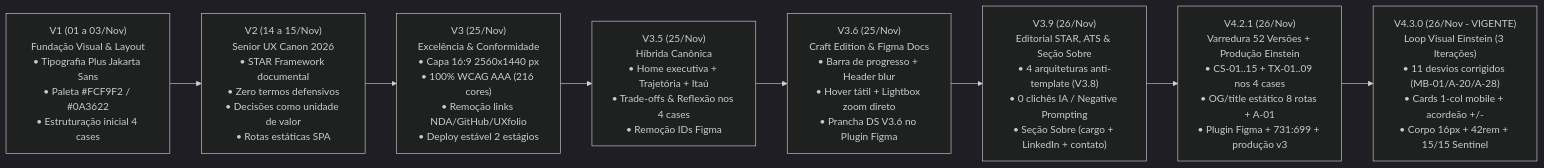
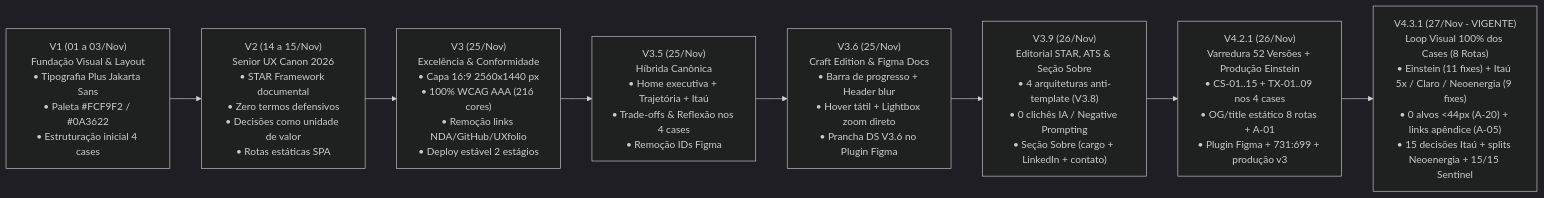
One commit to israelfull-commits/portfolio changed the diagram in docs/INDEX_GOVERNANCA_E_DECISOES.md. Above: the diagram before and after it, drawn with Mermaid (dark theme). The commit also changed other lines of this file and 4 other files, not shown here.

Commit message:
fix(v4.3.1): deep visual inspection & autofix loop on Itau IFA (5 modules), Claro & Neoenergia (0 WCAG 2.5.8 small targets, appendix link affordance, 15 structured Itau decisions, single safeguard note, balanced Neoenergia splits)

````diff
--- a/docs/INDEX_GOVERNANCA_E_DECISOES.md
+++ b/docs/INDEX_GOVERNANCA_E_DECISOES.md
@@ -15,12 +15,12 @@
 ```mermaid
 flowchart LR
     V1["V1 (01 a 03/Nov)<br>Fundação Visual & Layout<br>• Tipografia Plus Jakarta Sans<br>• Paleta #FCF9F2 / #0A3622<br>• Estruturação inicial 4 cases"]
     V2["V2 (14 a 15/Nov)<br>Senior UX Canon 2026<br>• STAR Framework documental<br>• Zero termos defensivos<br>• Decisões como unidade de valor<br>• Rotas estáticas SPA"]
     V3["V3 (25/Nov)<br>Excelência & Conformidade<br>• Capa 16:9 2560x1440 px<br>• 100% WCAG AAA (216 cores)<br>• Remoção links NDA/GitHub/UXfolio<br>• Deploy estável 2 estágios"]
     V35["V3.5 (25/Nov)<br>Híbrida Canônica<br>• Home executiva + Trajetória + Itaú<br>• Trade-offs & Reflexão nos 4 cases<br>• Remoção IDs Figma"]
     V36["V3.6 (25/Nov)<br>Craft Edition & Figma Docs<br>• Barra de progresso + Header blur<br>• Hover tátil + Lightbox zoom direto<br>• Prancha DS V3.6 no Plugin Figma"]
     V39["V3.9 (26/Nov)<br>Editorial STAR, ATS & Seção Sobre<br>• 4 arquiteturas anti-template (V3.8)<br>• 0 clichês IA / Negative Prompting<br>• Seção Sobre (cargo + LinkedIn + contato)"]
     V310["V4.2.1 (26/Nov)<br>Varredura 52 Versões + Produção Einstein<br>• CS-01..15 + TX-01..09 nos 4 cases<br>• OG/title estático 8 rotas + A-01<br>• Plugin Figma + 731:699 + produção v3"]
-    V430["V4.3.0 (26/Nov - VIGENTE)<br>Loop Visual Einstein (3 Iterações)<br>• 11 desvios corrigidos (MB-01/A-20/A-28)<br>• Cards 1-col mobile + acordeão +/-<br>• Corpo 16px + 42rem + 15/15 Sentinel"]
+    V430["V4.3.1 (27/Nov - VIGENTE)<br>Loop Visual 100% dos Cases (8 Rotas)<br>• Einstein (11 fixes) + Itaú 5x / Claro / Neoenergia (9 fixes)<br>• 0 alvos <44px (A-20) + links apêndice (A-05)<br>• 15 decisões Itaú + splits Neoenergia + 15/15 Sentinel"]
     V1 --> V2 --> V3 --> V35 --> V36 --> V39 --> V310 --> V430
 ```
````
